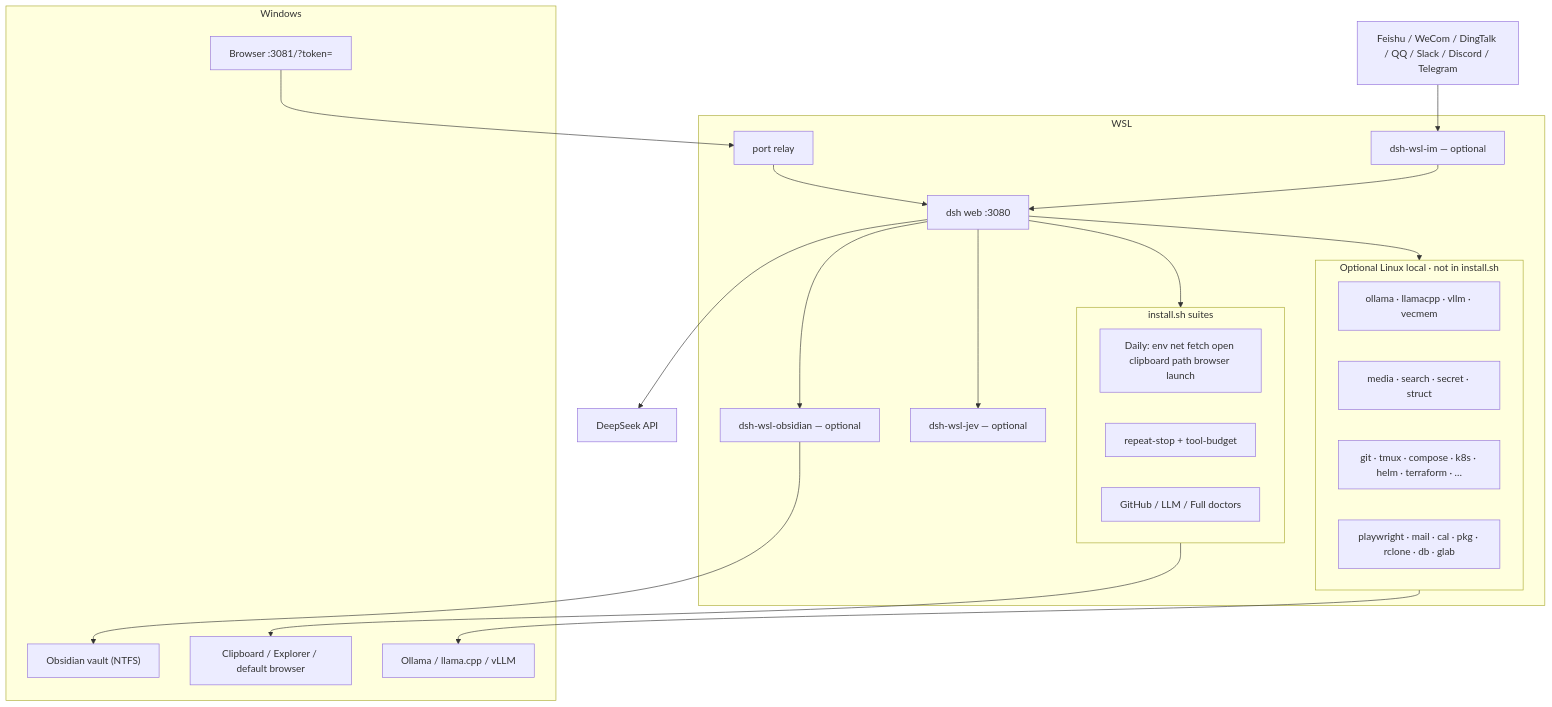
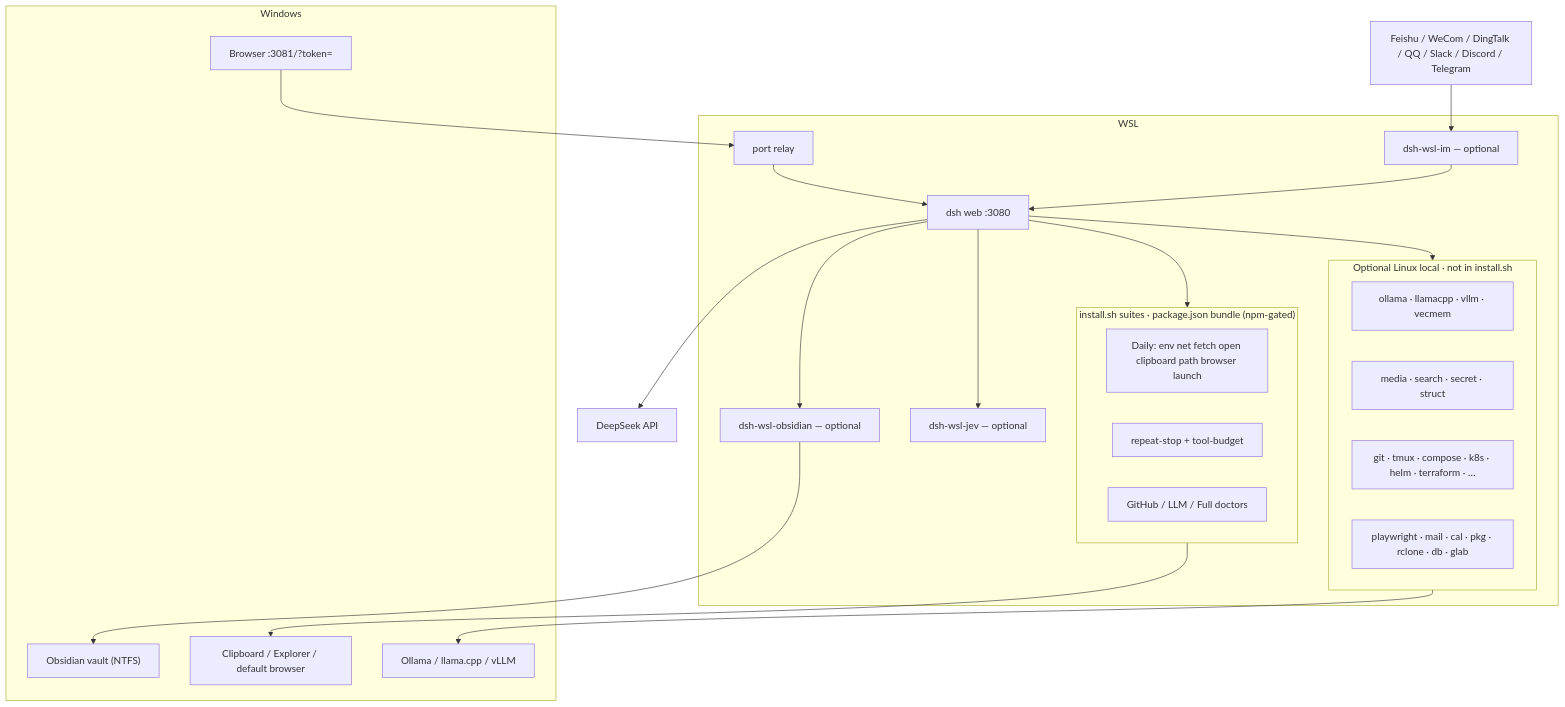
One commit to 173787247/dsh-wsl-kit changed the diagram in README.md. Above: the diagram before and after it, drawn with Mermaid. The commit also changed other lines of this file and 2 other files, not shown here.

First line of the commit message:
docs: say plainly that the bundle package is not installable yet

````diff
--- a/README.md
+++ b/README.md
@@ -15,40 +15,40 @@
 ```mermaid
 flowchart TB
   subgraph win [Windows]
     browser["Browser :3081/?token="]
     host["Clipboard / Explorer / default browser"]
     vault["Obsidian vault (NTFS)"]
     localLLM["Ollama / llama.cpp / vLLM"]
   end
   subgraph wslbox [WSL]
     relay["port relay"]
     dsh["dsh web :3080"]
-    subgraph kitPlugins [install.sh suites]
+    subgraph kitPlugins ["install.sh suites · package.json bundle (npm-gated)"]
       daily["Daily: env net fetch open clipboard path browser launch"]
       guards["repeat-stop + tool-budget"]
       more["GitHub / LLM / Full doctors"]
     end
     subgraph linuxOpt [Optional Linux local · not in install.sh]
       infer["ollama · llamacpp · vllm · vecmem"]
       media["media · search · secret · struct"]
       devops["git · tmux · compose · k8s · helm · terraform · …"]
       desk["playwright · mail · cal · pkg · rclone · db · glab"]
     end
     im["dsh-wsl-im — optional"]
     obsidian["dsh-wsl-obsidian — optional"]
     jev["dsh-wsl-jev — optional"]
   end
   api["DeepSeek API"]
   chats["Feishu / WeCom / DingTalk / QQ / Slack / Discord / Telegram"]
 
   browser --> relay --> dsh
   dsh --> kitPlugins
   dsh --> linuxOpt
   dsh --> api
   linuxOpt --> localLLM
   kitPlugins --> host
   chats --> im --> dsh
   obsidian --> vault
   dsh --> obsidian
   dsh --> jev
 ```
````
